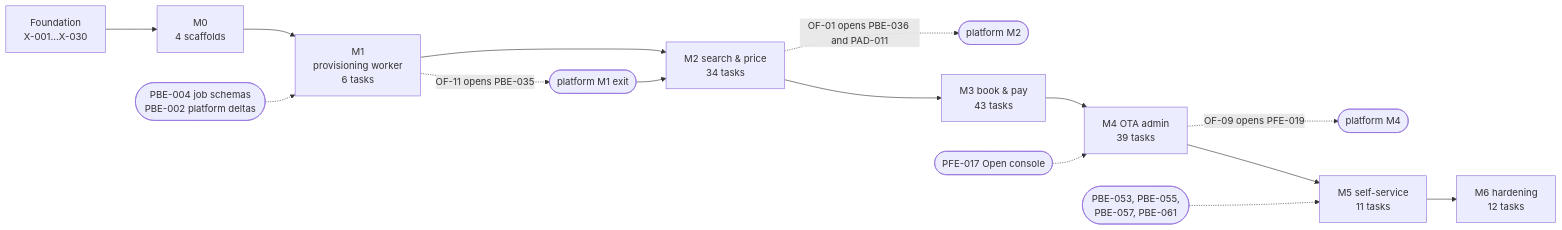
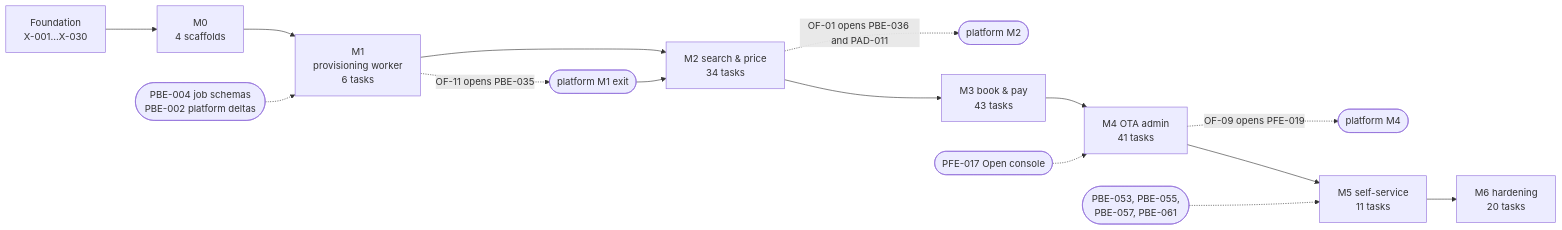
Before and after one commit to bhagwati-prasad/velexis-ota: the diagram in ota/docs/plans/implementation-plan.md, drawn with Mermaid. The commit also changed other lines of this file and 27 other files, not shown here.

````diff
--- a/ota/docs/plans/implementation-plan.md
+++ b/ota/docs/plans/implementation-plan.md
@@ -62,17 +62,17 @@
 ```mermaid
 flowchart LR
   F["Foundation<br/>X-001…X-030"] --> M0["M0<br/>4 scaffolds"]
   M0 --> M1["M1<br/>provisioning worker<br/>6 tasks"]
   P4(["PBE-004 job schemas<br/>PBE-002 platform deltas"]) -.-> M1
   M1 -. OF-11 opens PBE-035 .-> PM1(["platform M1 exit"])
   M1 --> M2["M2 search & price<br/>34 tasks"]
   PM1 --> M2
   M2 -. OF-01 opens PBE-036 and PAD-011 .-> PM2(["platform M2"])
   M2 --> M3["M3 book & pay<br/>43 tasks"]
-  M3 --> M4["M4 OTA admin<br/>39 tasks"]
+  M3 --> M4["M4 OTA admin<br/>41 tasks"]
   PF17(["PFE-017 Open console"]) -.-> M4
   M4 -. OF-09 opens PFE-019 .-> PM4(["platform M4"])
   M4 --> M5["M5 self-service<br/>11 tasks"]
   PM5(["PBE-053, PBE-055,<br/>PBE-057, PBE-061"]) -.-> M5
-  M5 --> M6["M6 hardening<br/>12 tasks"]
+  M5 --> M6["M6 hardening<br/>20 tasks"]
 ```
````
